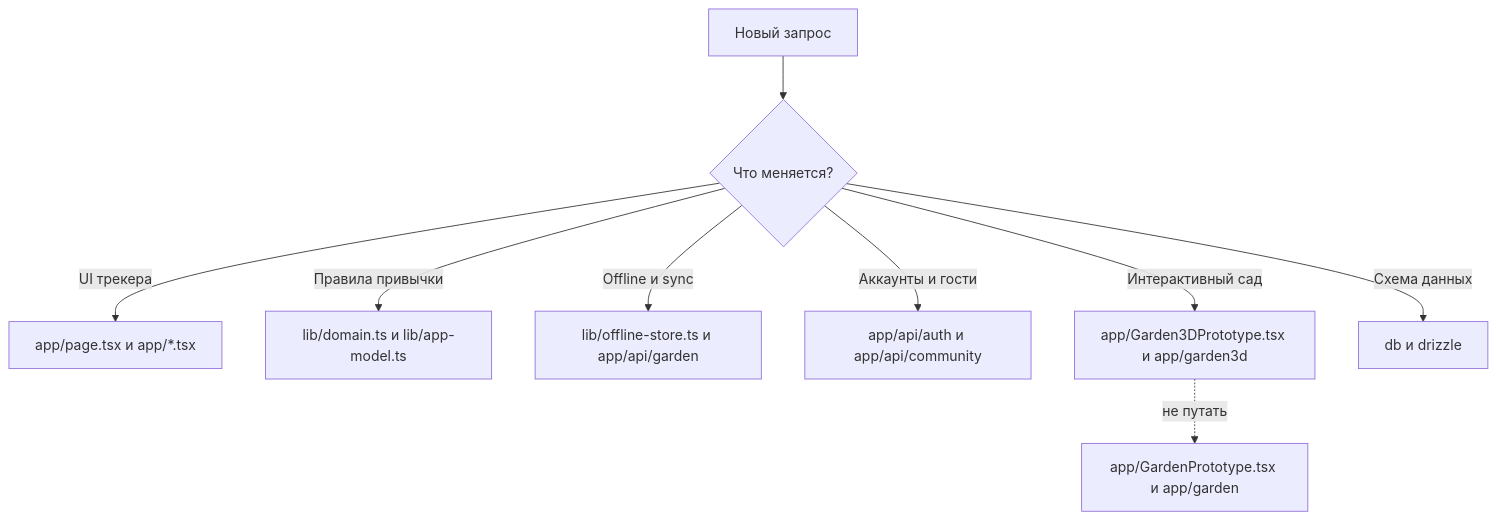
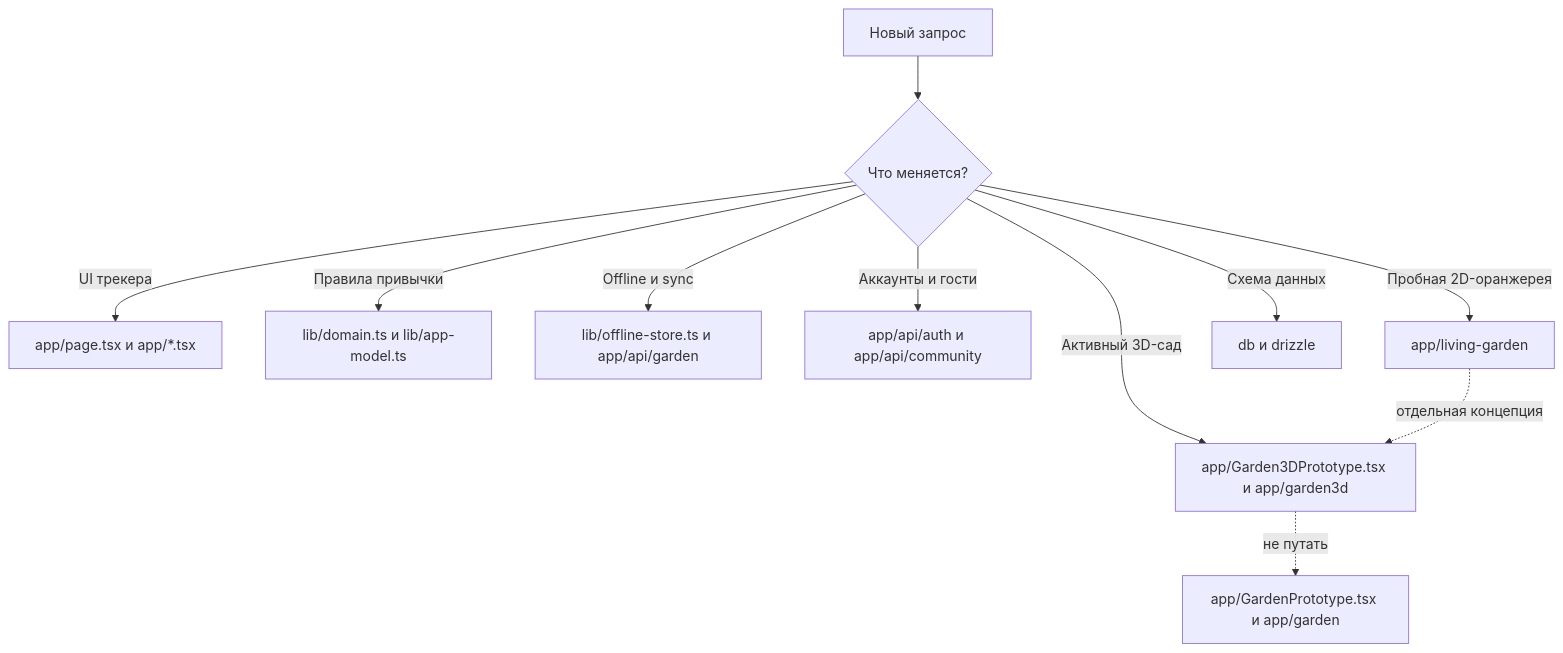
The sixth of 7 diagrams in docs/ARCHITECTURE.md (katrin27108-rgb/rost-habit-garden), drawn with Mermaid before and after one commit. The commit also changed other lines of this file and 5 other files, not shown here.

Commit message:
Add living 2D plant garden prototype

````diff
--- a/docs/ARCHITECTURE.md
+++ b/docs/ARCHITECTURE.md
@@ -71,11 +84,13 @@
 ```mermaid
 flowchart TD
   Request[Новый запрос] --> Kind{Что меняется?}
   Kind -->|UI трекера| Dashboard[app/page.tsx и app/*.tsx]
   Kind -->|Правила привычки| Domain[lib/domain.ts и lib/app-model.ts]
   Kind -->|Offline и sync| Storage[lib/offline-store.ts и app/api/garden]
   Kind -->|Аккаунты и гости| API[app/api/auth и app/api/community]
-  Kind -->|Интерактивный сад| Active3D[app/Garden3DPrototype.tsx и app/garden3d]
+  Kind -->|Активный 3D-сад| Active3D[app/Garden3DPrototype.tsx и app/garden3d]
+  Kind -->|Пробная 2D-оранжерея| Living2D[app/living-garden]
   Kind -->|Схема данных| Database[db и drizzle]
   Active3D -. не путать .-> Legacy[app/GardenPrototype.tsx и app/garden]
+  Living2D -. отдельная концепция .-> Active3D
 ```
````
